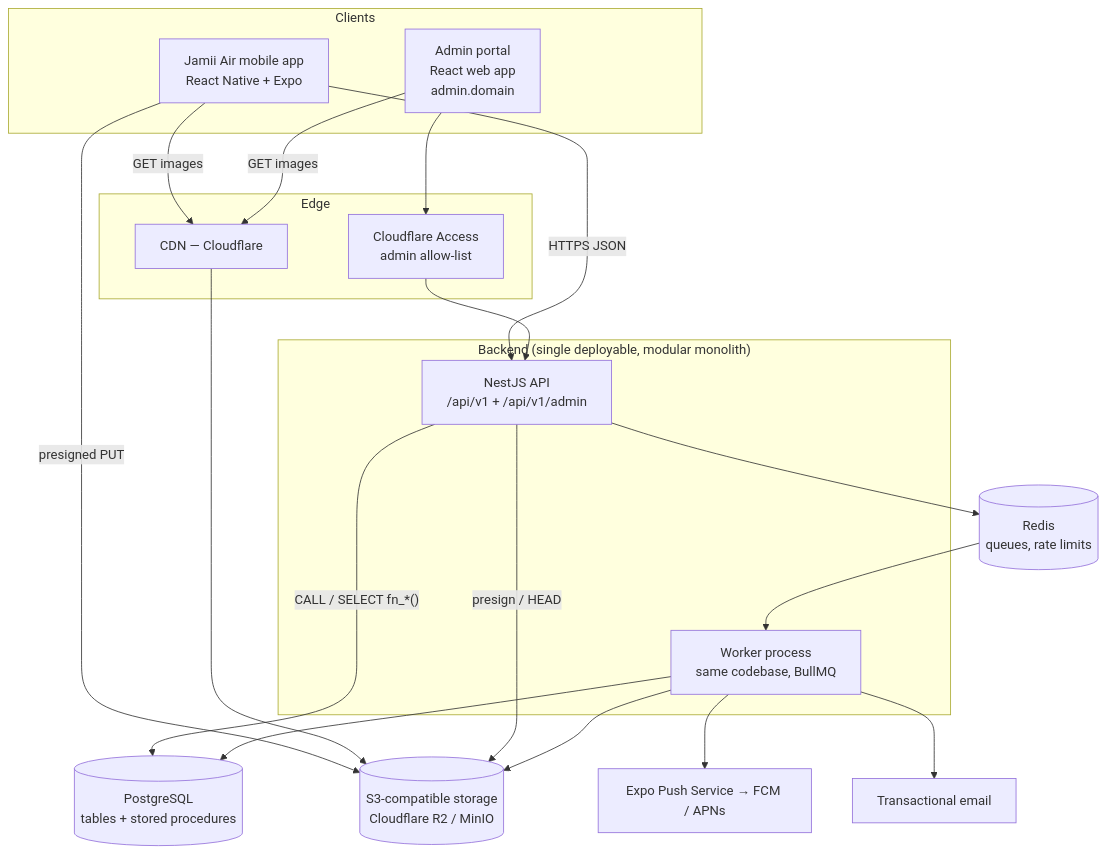
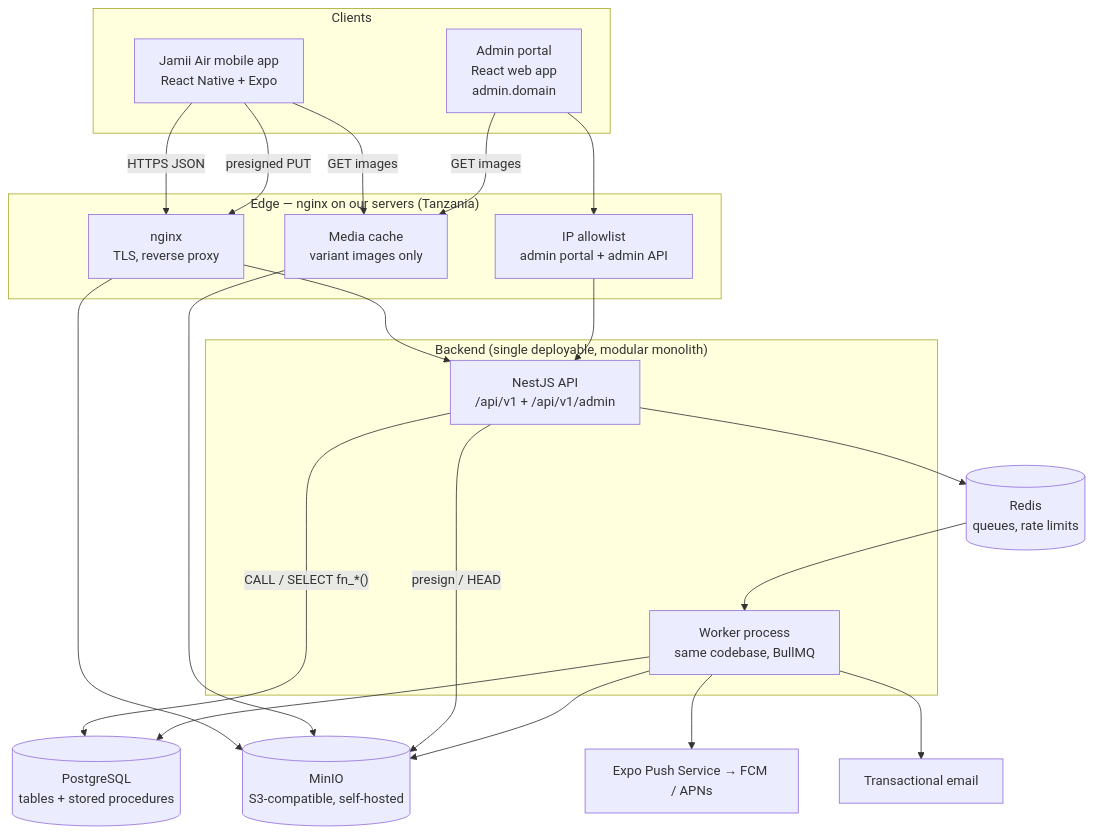
Before and after one commit to baraka-machumu/jamii-air: the first of 2 diagrams in docs/02-technical-requirements-document.md, drawn with Mermaid. The commit also changed other lines of this file and 6 other files, not shown here.

````diff
--- a/docs/02-technical-requirements-document.md
+++ b/docs/02-technical-requirements-document.md
@@ -23,34 +23,36 @@
 ```mermaid
 flowchart TB
     subgraph Clients
         APP[Jamii Air mobile app<br/>React Native + Expo]
         ADM[Admin portal<br/>React web app<br/>admin.domain]
     end
-    subgraph Edge
-        CDN[CDN — Cloudflare]
-        ZT[Cloudflare Access<br/>admin allow-list]
+    subgraph Edge["Edge — nginx on our servers (Tanzania)"]
+        NGX[nginx<br/>TLS, reverse proxy]
+        CDN[Media cache<br/>variant images only]
+        ZT[IP allowlist<br/>admin portal + admin API]
     end
     subgraph Backend["Backend (single deployable, modular monolith)"]
         API[NestJS API<br/>/api/v1 + /api/v1/admin]
         WRK[Worker process<br/>same codebase, BullMQ]
     end
     PG[(PostgreSQL<br/>tables + stored procedures)]
     RD[(Redis<br/>queues, rate limits)]
-    OBJ[(S3-compatible storage<br/>Cloudflare R2 / MinIO)]
+    OBJ[(MinIO<br/>S3-compatible, self-hosted)]
     PUSH[Expo Push Service → FCM / APNs]
     MAIL[Transactional email]
 
-    APP -- HTTPS JSON --> API
-    APP -- presigned PUT --> OBJ
+    APP -- HTTPS JSON --> NGX --> API
+    APP -- presigned PUT --> NGX
+    NGX --> OBJ
     APP -- GET images --> CDN --> OBJ
     ADM --> ZT --> API
     ADM -- GET images --> CDN
     API -- "CALL / SELECT fn_*()" --> PG
     API --> RD
     API -- presign / HEAD --> OBJ
     RD --> WRK
     WRK --> PG
     WRK --> OBJ
     WRK --> PUSH
     WRK --> MAIL
 ```
````
